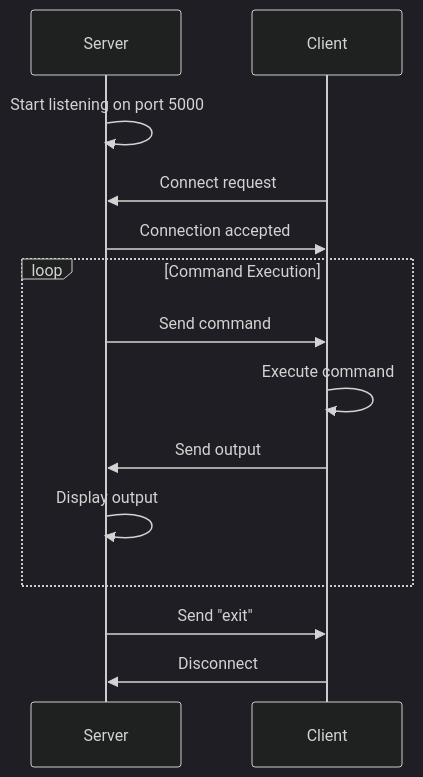
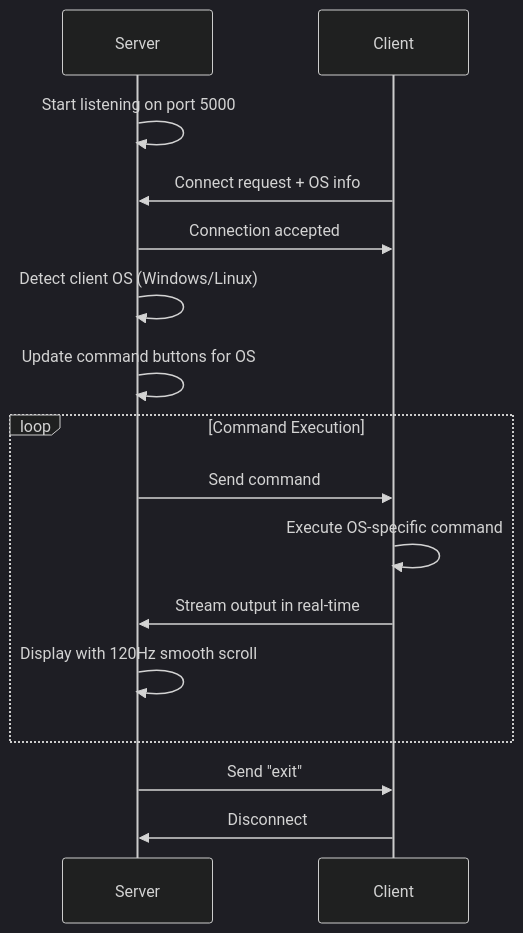
One commit to palnirupam/Remote-admin-tool changed the diagram in README.md. Above: the diagram before and after it, drawn with Mermaid (dark theme). The commit also changed other lines of this file and 3 other files, not shown here.

````diff
--- a/README.md
+++ b/README.md
@@ -342,19 +404,21 @@
 ```mermaid
 sequenceDiagram
     participant Server
     participant Client
     
     Server->>Server: Start listening on port 5000
-    Client->>Server: Connect request
+    Client->>Server: Connect request + OS info
     Server->>Client: Connection accepted
+    Server->>Server: Detect client OS (Windows/Linux)
+    Server->>Server: Update command buttons for OS
     
     loop Command Execution
         Server->>Client: Send command
-        Client->>Client: Execute command
-        Client->>Server: Send output
-        Server->>Server: Display output
+        Client->>Client: Execute OS-specific command
+        Client->>Server: Stream output in real-time
+        Server->>Server: Display with 120Hz smooth scroll
     end
     
     Server->>Client: Send "exit"
     Client->>Server: Disconnect
 ```
````
